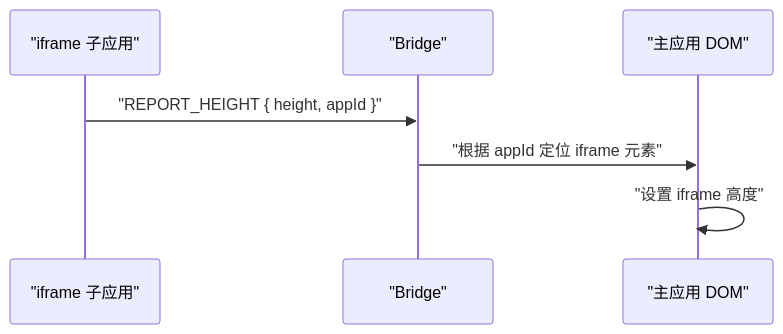
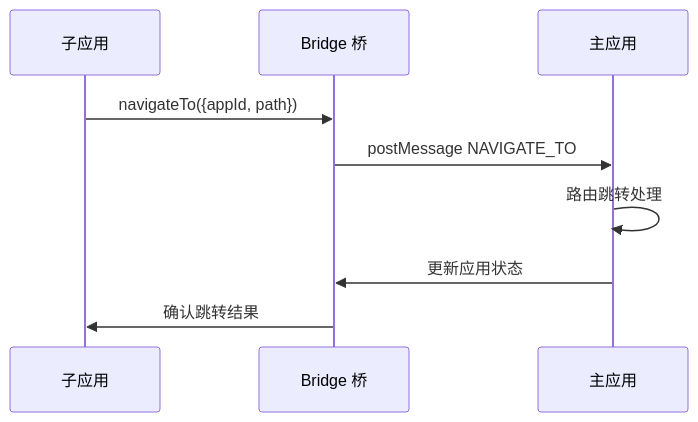
One commit to my-Sitara/artisan-base-frontend changed the third of 9 diagrams in .qoder/repowiki/zh/content/项目概述.md. Above: the diagram before and after it, drawn with Mermaid. The commit also changed other lines of this file and 25 other files, not shown here.

````diff
--- a/.qoder/repowiki/zh/content/项目概述.md
+++ b/.qoder/repowiki/zh/content/项目概述.md
@@ -192,9 +137,11 @@
 ```mermaid
 sequenceDiagram
-participant IF as "iframe 子应用"
-participant BR as "Bridge"
-participant DOM as "主应用 DOM"
-IF->>BR : "REPORT_HEIGHT { height, appId }"
-BR->>DOM : "根据 appId 定位 iframe 元素"
-DOM->>DOM : "设置 iframe 高度"
+participant SubApp as 子应用
+participant Bridge as Bridge 桥
+participant MainApp as 主应用
+SubApp->>Bridge : navigateTo({appId, path})
+Bridge->>MainApp : postMessage NAVIGATE_TO
+MainApp->>MainApp : 路由跳转处理
+MainApp->>Bridge : 更新应用状态
+Bridge->>SubApp : 确认跳转结果
 ```
````
